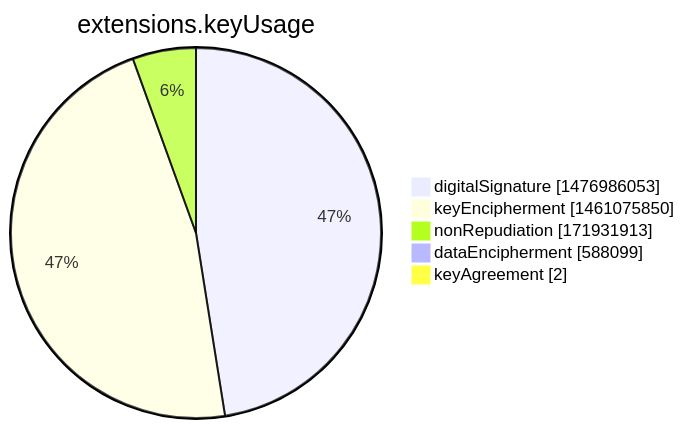
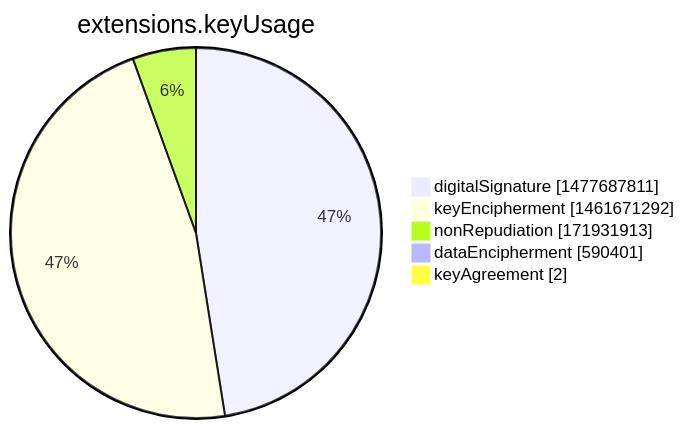
The seventh of 15 diagrams in argon2022/README.md (christiankrug/ctmonitor_visualization), drawn with Mermaid before and after one commit. The commit also changed other lines of this file, not shown here.

````diff
--- a/argon2022/README.md
+++ b/argon2022/README.md
@@ -2751,9 +2751,9 @@
 ```mermaid
 pie showData
 title extensions.keyUsage
-"digitalSignature" :1476986053
-"keyEncipherment" :1461075850
+"digitalSignature" :1477687811
+"keyEncipherment" :1461671292
 "nonRepudiation" :171931913
-"dataEncipherment" :588099
+"dataEncipherment" :590401
 "keyAgreement" :2
 ```
````
